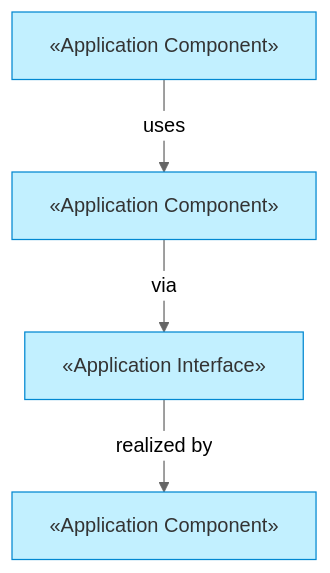
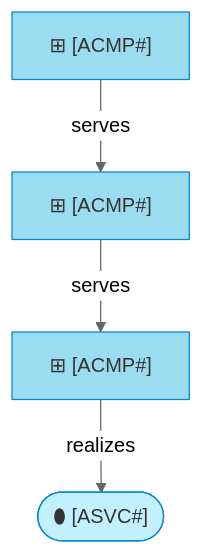
The diagram in plugins/archreator/assets/layers/4_application/README.md (roanboc/archreator), drawn with Mermaid (neutral theme) before and after one commit. The commit also changed other lines of this file and 68 other files, not shown here.

````diff
--- a/plugins/archreator/assets/layers/4_application/README.md
+++ b/plugins/archreator/assets/layers/4_application/README.md
@@ -40,13 +40,14 @@
 ```mermaid
 flowchart TB
-  entry["«Application Component» <Entry point>"]:::application
-  core["«Application Component» <Core logic>"]:::application
-  iface["«Application Interface» <Port/interface>"]:::application
-  adapter["«Application Component» <Adapter/implementation>"]:::application
+  svc(["⬮ <What the software offers> [ASVC#]"]):::appservice
+  entry["⊞ <Entry point> [ACMP#]"]:::application
+  core["⊞ <Core logic> [ACMP#]"]:::application
+  adapter["⊞ <Adapter/implementation> [ACMP#]"]:::application
 
-  entry -->|uses| core
-  core -->|via| iface
-  iface -->|realized by| adapter
+  entry -->|realizes| svc
+  core -->|serves| entry
+  adapter -->|serves| core
 
-  classDef application fill:#c2f0ff,stroke:#0288d1,color:#333
+  classDef appservice fill:#c2f0ff,stroke:#0288d1,color:#333
+  classDef application fill:#9adcf0,stroke:#0288d1,color:#333
 ```
````
